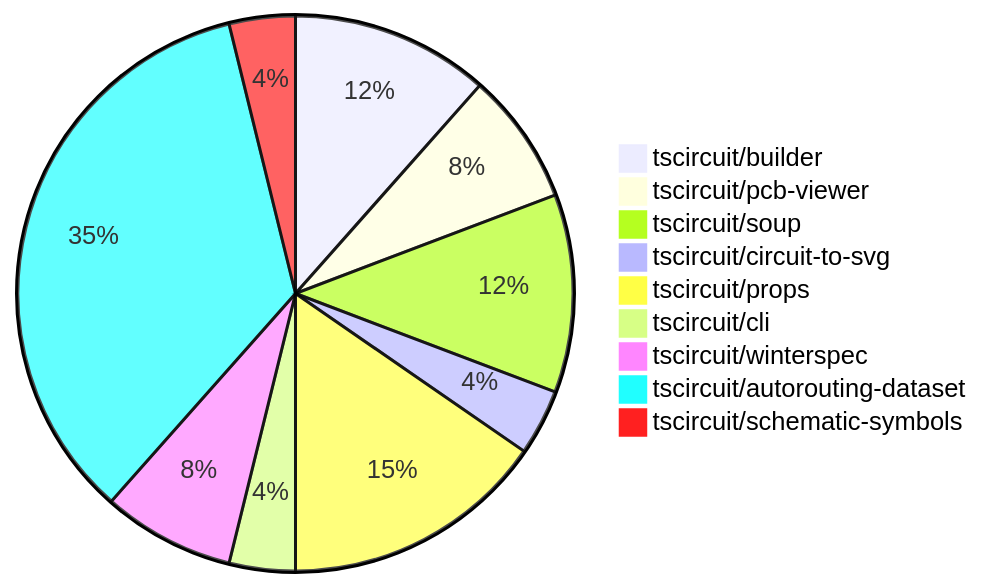
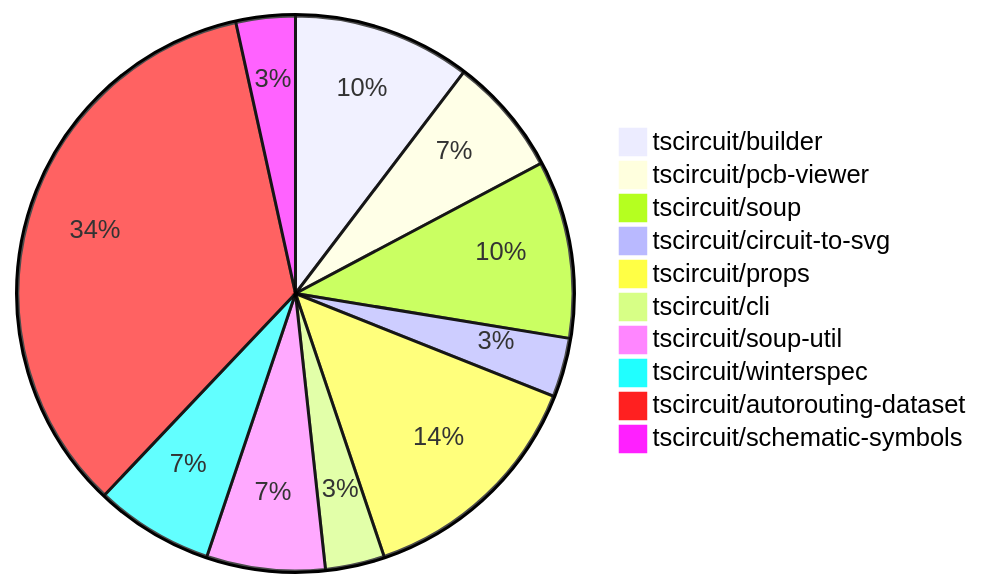
Before and after one commit to tscircuit/contribution-tracker: the diagram in README.md, drawn with Mermaid. The commit also changed other lines of this file and 1 other file, not shown here.

````diff
--- a/README.md
+++ b/README.md
@@ -24,12 +24,13 @@
 ```mermaid
 pie
     "tscircuit/builder" : 3
     "tscircuit/pcb-viewer" : 2
     "tscircuit/soup" : 3
     "tscircuit/circuit-to-svg" : 1
     "tscircuit/props" : 4
     "tscircuit/cli" : 1
+    "tscircuit/soup-util" : 2
     "tscircuit/winterspec" : 2
-    "tscircuit/autorouting-dataset" : 9
+    "tscircuit/autorouting-dataset" : 10
     "tscircuit/schematic-symbols" : 1
 ```
````
